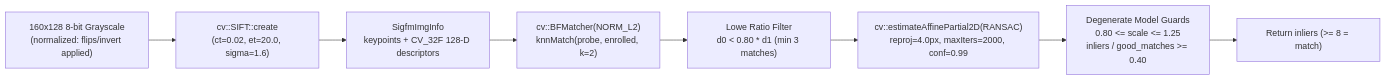
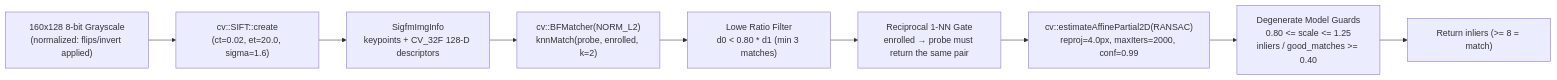
Before and after one commit to mrcook1e-ai/goodix-gm168sec: the diagram in docs/SIGFM.md, drawn with Mermaid. The commit also changed other lines of this file and 15 other files, not shown here.

````diff
--- a/docs/SIGFM.md
+++ b/docs/SIGFM.md
@@ -18,10 +18,11 @@
 ```mermaid
 flowchart LR
     IMG["160x128 8-bit Grayscale<br/>(normalized: flips/invert applied)"] --> SIFT["cv::SIFT::create<br/>(ct=0.02, et=20.0, sigma=1.6)"]
     SIFT --> INFO["SigfmImgInfo<br/>keypoints + CV_32F 128-D descriptors"]
     INFO --> KNN["cv::BFMatcher(NORM_L2)<br/>knnMatch(probe, enrolled, k=2)"]
     KNN --> LOWE["Lowe Ratio Filter<br/>d0 < 0.80 * d1 (min 3 matches)"]
-    LOWE --> RANSAC["cv::estimateAffinePartial2D(RANSAC)<br/>reproj=4.0px, maxIters=2000, conf=0.99"]
+    LOWE --> RECIP["Reciprocal 1-NN Gate<br/>enrolled → probe must return the same pair"]
+    RECIP --> RANSAC["cv::estimateAffinePartial2D(RANSAC)<br/>reproj=4.0px, maxIters=2000, conf=0.99"]
     RANSAC --> GUARDS["Degenerate Model Guards<br/>0.80 <= scale <= 1.25<br/>inliers / good_matches >= 0.40"]
     GUARDS --> SCORE["Return inliers (>= 8 = match)"]
 ```
````
